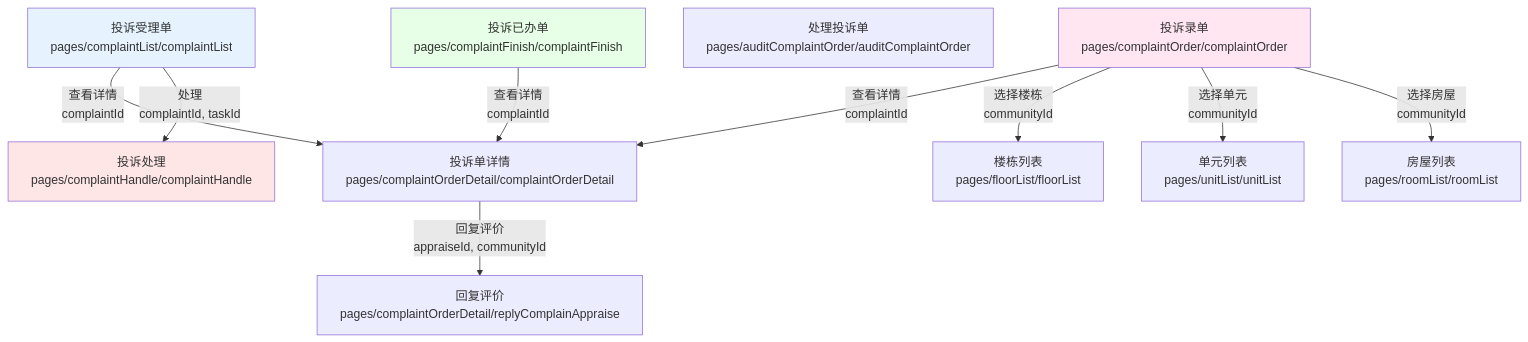
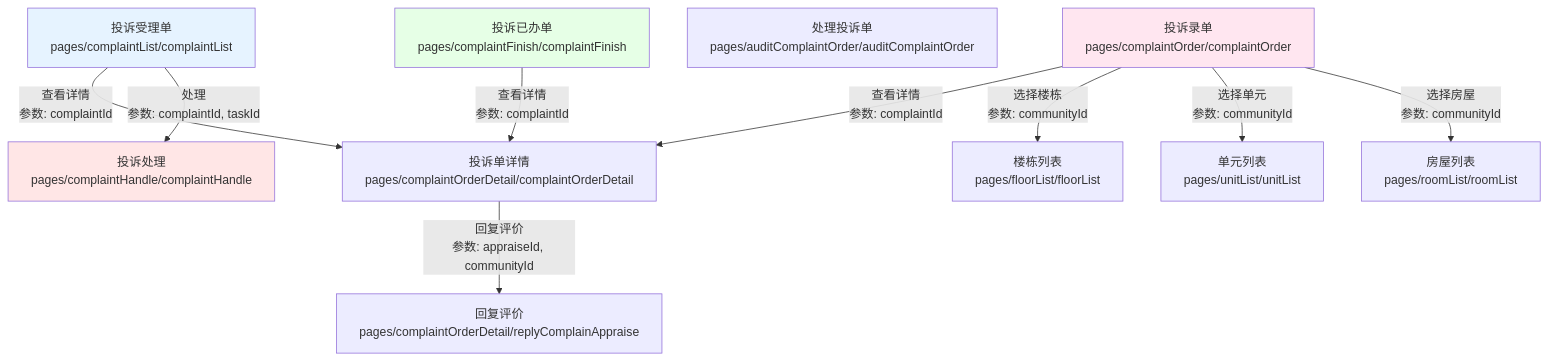
Before and after one commit to nwt-q/001-Smart-Community: the third of 19 diagrams in .github/reports/vue2-route-navigation-map.md, drawn with Mermaid. The commit also changed other lines of this file, not shown here.

Commit message:
🐳 chore(root): 重新制作路由关系图标；

````diff
--- a/.github/reports/vue2-route-navigation-map.md
+++ b/.github/reports/vue2-route-navigation-map.md
@@ -117,38 +160,38 @@
 ```mermaid
 graph TB
     %% 投诉处理主要页面
     ComplaintList["投诉受理单<br/>pages/complaintList/complaintList"]
     ComplaintOrder["投诉录单<br/>pages/complaintOrder/complaintOrder"]
     ComplaintDetail["投诉单详情<br/>pages/complaintOrderDetail/complaintOrderDetail"]
     AuditComplaint["处理投诉单<br/>pages/auditComplaintOrder/auditComplaintOrder"]
     ComplaintHandle["投诉处理<br/>pages/complaintHandle/complaintHandle"]
     ComplaintFinish["投诉已办单<br/>pages/complaintFinish/complaintFinish"]
     ReplyAppraise["回复评价<br/>pages/complaintOrderDetail/replyComplainAppraise"]
 
     %% 选择房屋相关页面
     FloorList["楼栋列表<br/>pages/floorList/floorList"]
     UnitList["单元列表<br/>pages/unitList/unitList"]
     RoomList["房屋列表<br/>pages/roomList/roomList"]
 
     %% 投诉受理单的跳转
-    ComplaintList -->|查看详情<br/>complaintId| ComplaintDetail
-    ComplaintList -->|处理<br/>complaintId, taskId| ComplaintHandle
+    ComplaintList -->|查看详情<br/>参数: complaintId| ComplaintDetail
+    ComplaintList -->|处理<br/>参数: complaintId, taskId| ComplaintHandle
 
     %% 投诉录单的跳转
-    ComplaintOrder -->|查看详情<br/>complaintId| ComplaintDetail
-    ComplaintOrder -->|选择楼栋<br/>communityId| FloorList
-    ComplaintOrder -->|选择单元<br/>communityId| UnitList
-    ComplaintOrder -->|选择房屋<br/>communityId| RoomList
+    ComplaintOrder -->|查看详情<br/>参数: complaintId| ComplaintDetail
+    ComplaintOrder -->|选择楼栋<br/>参数: communityId| FloorList
+    ComplaintOrder -->|选择单元<br/>参数: communityId| UnitList
+    ComplaintOrder -->|选择房屋<br/>参数: communityId| RoomList
 
     %% 投诉单详情的跳转
-    ComplaintDetail -->|回复评价<br/>appraiseId, communityId| ReplyAppraise
+    ComplaintDetail -->|回复评价<br/>参数: appraiseId, communityId| ReplyAppraise
 
     %% 投诉已办单的跳转
-    ComplaintFinish -->|查看详情<br/>complaintId| ComplaintDetail
+    ComplaintFinish -->|查看详情<br/>参数: complaintId| ComplaintDetail
 
     %% 样式
     style ComplaintList fill:#e6f3ff
     style ComplaintOrder fill:#ffe6f0
     style ComplaintHandle fill:#ffe6e6
     style ComplaintFinish fill:#e6ffe6
 ```
````
